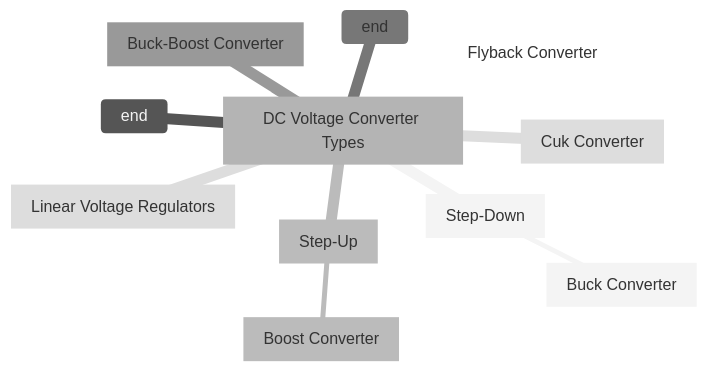
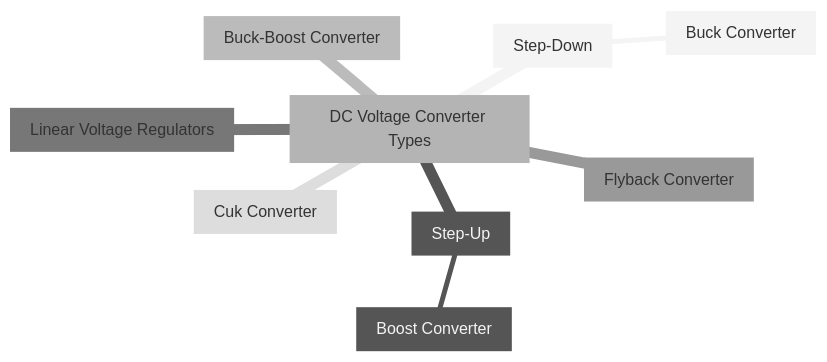
One commit to mbz4/Technical_Interview changed the first of 4 diagrams in Circuit_Design_Task/README.md. Above: the diagram before and after it, drawn with Mermaid (neutral theme).

Commit message:
fix loose ends

````diff
--- a/Circuit_Design_Task/README.md
+++ b/Circuit_Design_Task/README.md
@@ -52,14 +52,12 @@
 ```mermaid
 mindmap
   subgraph DC_Converters [DC Voltage Converter Types]
     subgraph StepDown [Step-Down]
       Buck[Buck Converter]
-    end
     subgraph StepUp [Step-Up]
       Boost[Boost Converter]
-    end
     BuckBoost[Buck-Boost Converter]
     Linear[Linear Voltage Regulators]
     Flyback[Flyback Converter]
     Cuk[Cuk Converter]
 ```
````
